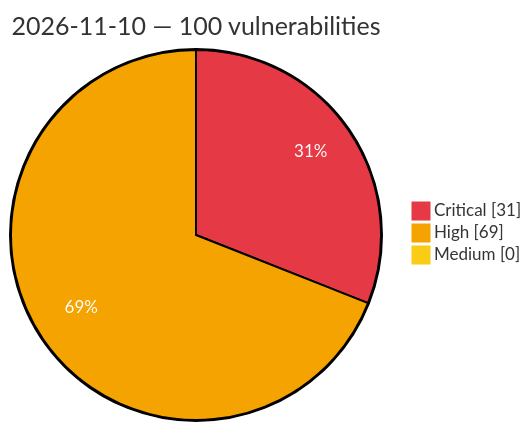
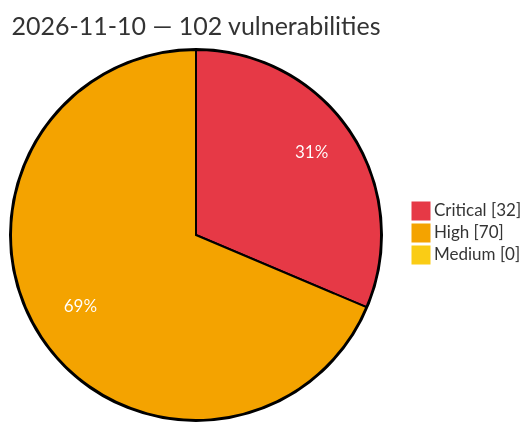
Before and after one commit to GhostX0X/vuln-tracker: the diagram in vulnerabilities/2026/November/2026-11-10.md, drawn with Mermaid. The commit also changed other lines of this file and 8 other files, not shown here.

Commit message:
Auto update: critical/high vulns (2026-11-11 02:54 UTC)

````diff
--- a/vulnerabilities/2026/November/2026-11-10.md
+++ b/vulnerabilities/2026/November/2026-11-10.md
@@ -3,8 +3,8 @@
 ```mermaid
 %%{init: {'theme':'base', 'themeVariables': {'pie1':'#e63946', 'pie2':'#f4a300', 'pie3':'#facc15', 'pieOpacity':'1', 'pieOuterStrokeWidth':'2px', 'pieSectionTextColor':'#ffffff'}}}%%
 pie showData
-    title 2026-11-10 — 100 vulnerabilities
-    "Critical" : 31
-    "High" : 69
+    title 2026-11-10 — 102 vulnerabilities
+    "Critical" : 32
+    "High" : 70
     "Medium" : 0
 ```
````
